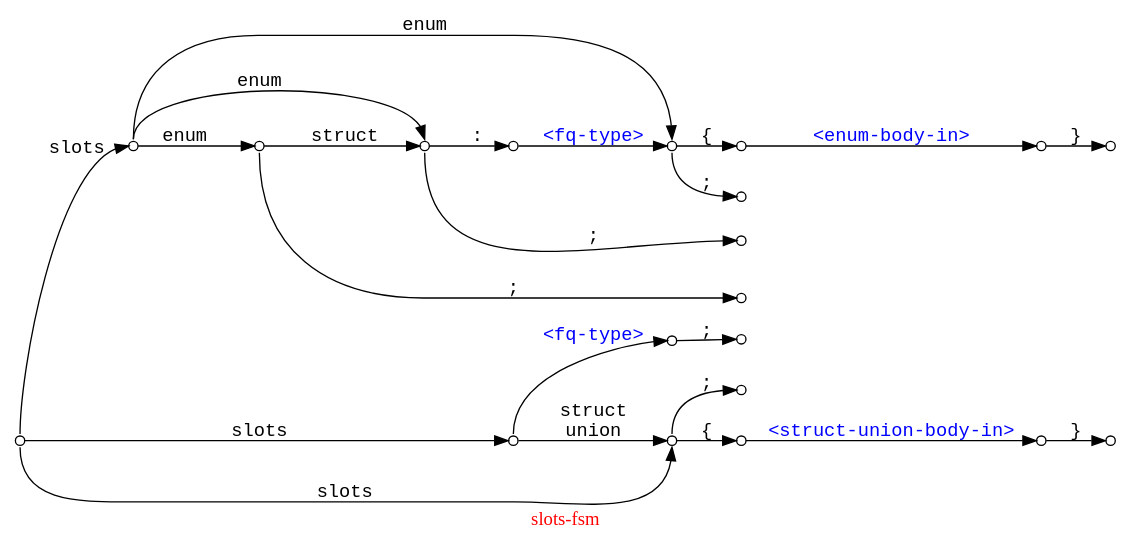
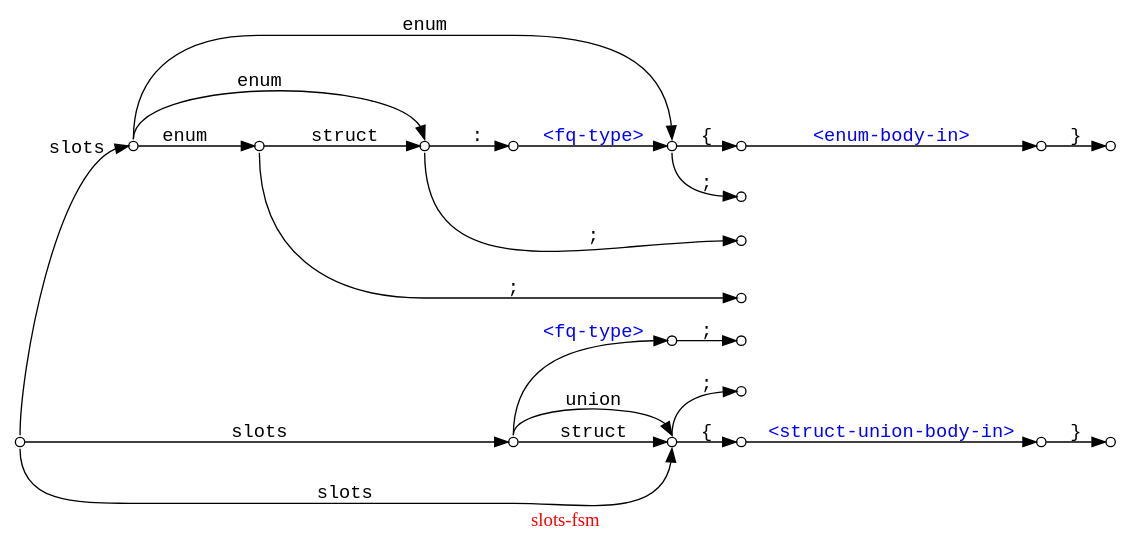
The diagram in slots-fsm.dot (Ayyzee/dakota), drawn with Graphviz before and after one commit.

Commit message:
Separated union and struct.

```diff
--- a/slots-fsm.dot
+++ b/slots-fsm.dot
@@ -1,70 +1,71 @@
 // -*- mode: c++ -*-
 
 // slots <fq-type> ;
 
 // slots        ;
 // slots        { ... }
 // slots struct ;
 // slots struct { ... }
 // slots union  ;
 // slots union  { ... }
 
 // slots enum                    ;
 // slots enum                    { ... }
 // slots enum        : <fq-type> ;
 // slots enum        : <fq-type> { ... }
 // slots enum struct             ;
 // slots enum struct             { ... }
 // slots enum struct : <fq-type> ;
 // slots enum struct : <fq-type> { ... }
 
 digraph "slots-fsm" {
   graph [ rankdir = LR, label = "\G", fontcolor = red ];
   edge [ fontname = "courier" ];
   node [ shape = circle, fontsize = 12, width = 0.3, fixedsize = true ];
   node [ label = "", width = 0.1 ];
 
   000:n -> 010:w [ label = "slots", weigth = 5 ];
   010 -> 020 [ label = "enum", weight = 5 ];
   010:n -> 030:n [ label = "enum" ];
   010:n -> 050:n [ label = "enum" ];
   020 -> 030 [ label = "struct", weight = 5 ];
   020:s -> 025:w [ label = ";" ];
   030 -> 040 [ label = ":", weight = 5 ];
   030:s -> 035:w [ label = ";" ];
   040 -> 050 [ label = "<fq-type>", fontcolor = blue, weight = 5 ];
   050:s -> 055:w [ label = ";" ];
   050 -> 060 [ label = "{", weight = 5 ];
   060 -> 070 [ label = "<enum-body-in>", fontcolor = blue ];
   070 -> 080 [ label = "}" ];
 
   000:s -> 100:s [ label = "slots" ];
-  140 -> 100 [ label = "struct\nunion", weight = 4 ];
-  100 -> 110 [ label = "{", weight = 4 ];
+  140 -> 100 [ label = "struct", weight = 5 ];
+  140:n -> 100:n [ label = "union" ];
+  100 -> 110 [ label = "{", weight = 5 ];
   100:n -> 105:w [ label = ";" ];
   110 -> 120 [ label = "<struct-union-body-in>", fontcolor = blue ];
   120 -> 130 [ label = "}" ];
 
   000 -> 140 [ label = "slots", weight = 3 ];
   140:n -> 150:w [ label = "<fq-type>", fontcolor = blue ];
   150 -> 155 [ label = ";", weight = 2 ];
 
   subgraph {
     graph [ rank = same ];
     050;
     100;
   }
   subgraph {
     graph [ rank = same ];
     040;
     140;
   }
   subgraph {
     graph [ rank = same ];
     025;
     035;
     055;
     105;
     155;
   }
 }
```
